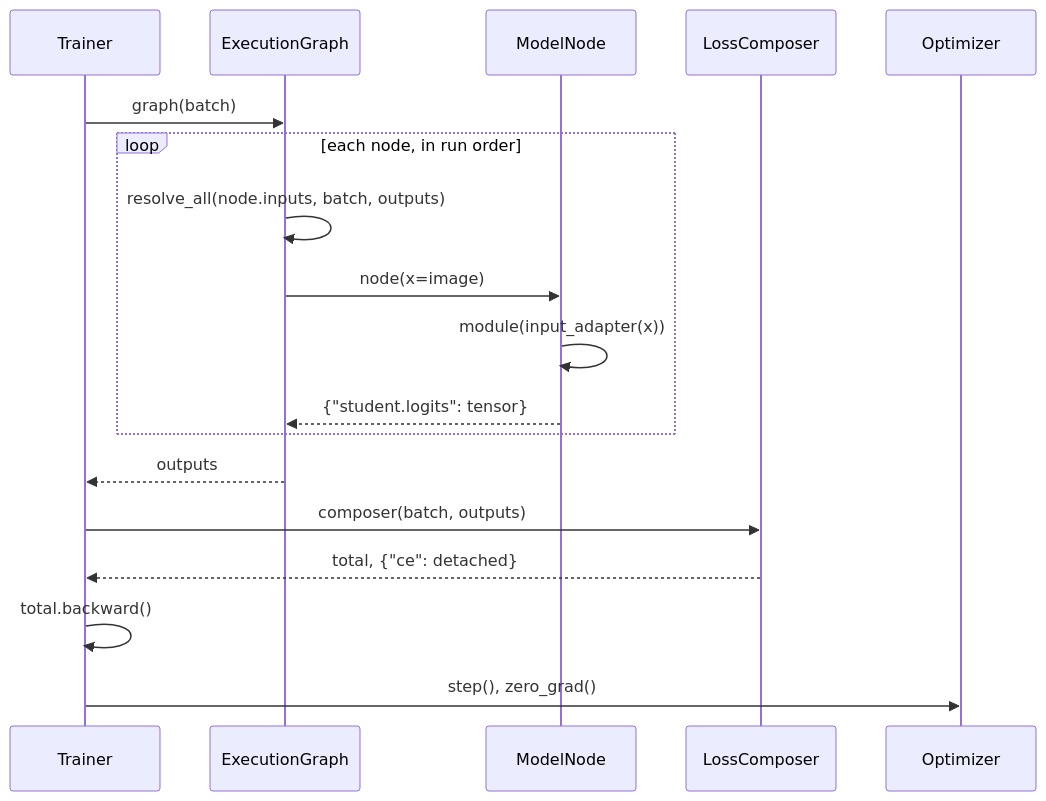
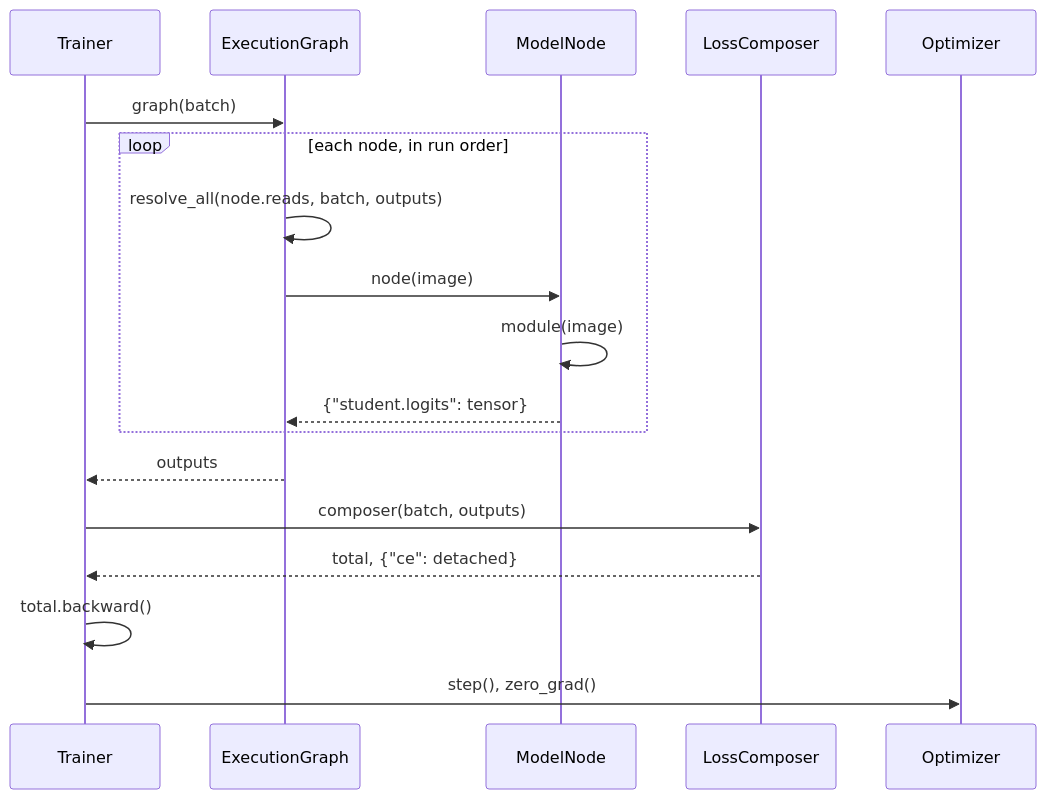
Before and after one commit to tile-and-error/imagenet-classification: the fourth of 5 diagrams in PLAN.md, drawn with Mermaid. The commit also changed other lines of this file and 2 other files, not shown here.

````diff
--- a/PLAN.md
+++ b/PLAN.md
@@ -290,20 +298,20 @@
 ```mermaid
 sequenceDiagram
     participant T as Trainer
     participant G as ExecutionGraph
     participant N as ModelNode
     participant C as LossComposer
     participant O as Optimizer
     T->>G: graph(batch)
     loop each node, in run order
-        G->>G: resolve_all(node.inputs, batch, outputs)
-        G->>N: node(x=image)
-        N->>N: module(input_adapter(x))
+        G->>G: resolve_all(node.reads, batch, outputs)
+        G->>N: node(image)
+        N->>N: module(image)
         N-->>G: {"student.logits": tensor}
     end
     G-->>T: outputs
     T->>C: composer(batch, outputs)
     C-->>T: total, {"ce": detached}
     T->>T: total.backward()
     T->>O: step(), zero_grad()
 ```
````
